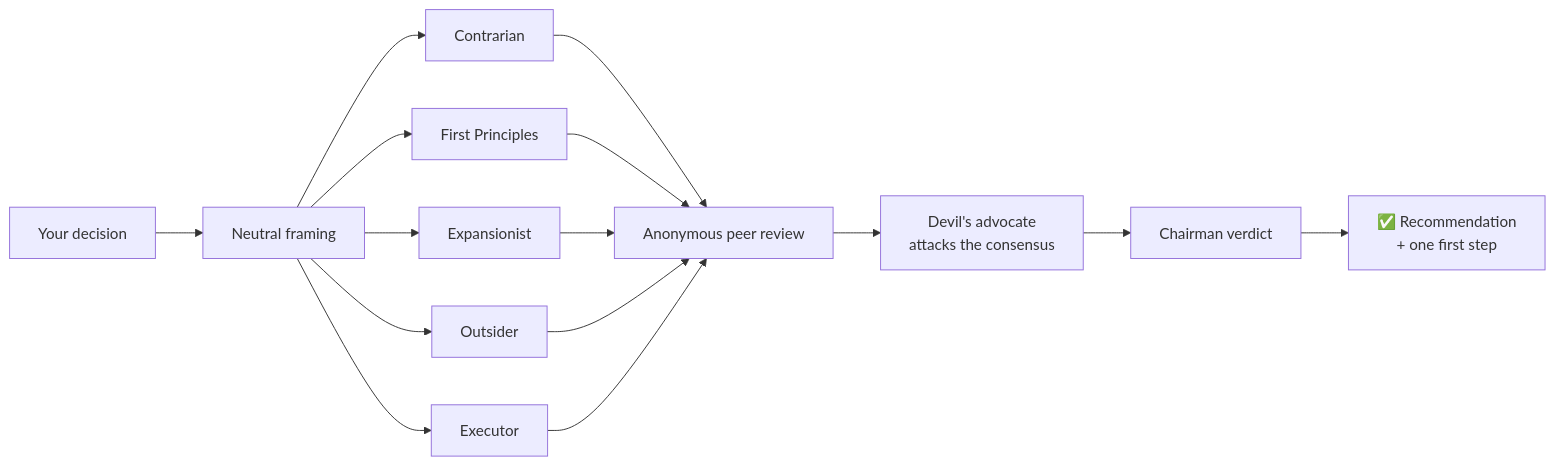
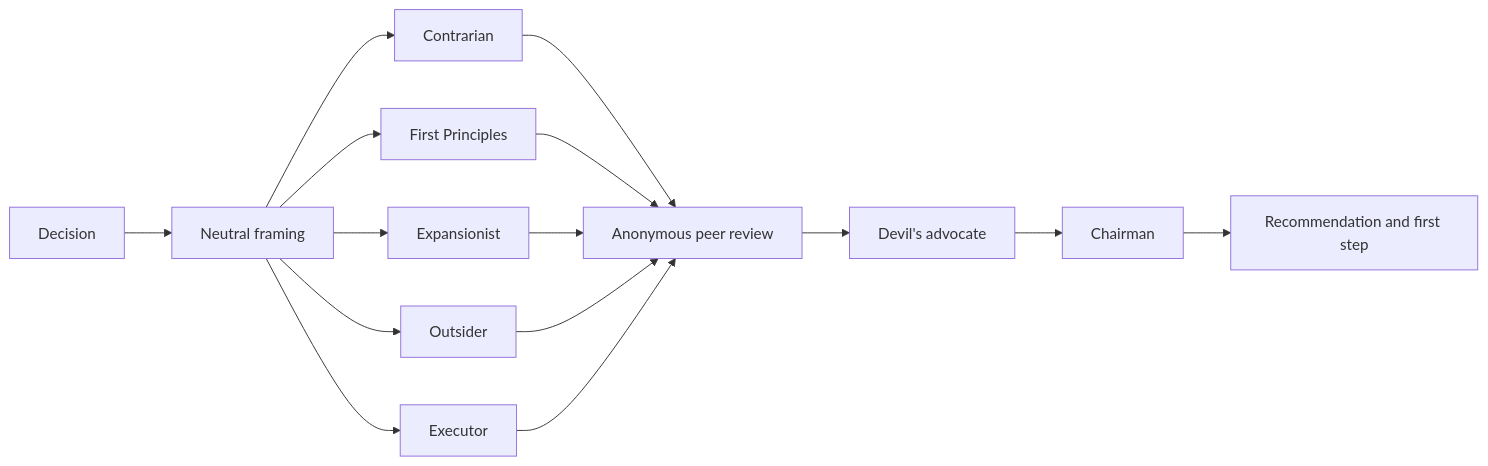
Before and after one commit to Onliwis/llm-council-pro: the diagram in README.md, drawn with Mermaid. The commit also changed other lines of this file, not shown here.

````diff
--- a/README.md
+++ b/README.md
@@ -41,13 +20,13 @@
 ```mermaid
 flowchart LR
-    Q[Your decision] --> F[Neutral framing]
+    Q[Decision] --> F[Neutral framing]
     F --> A1[Contrarian]
     F --> A2[First Principles]
     F --> A3[Expansionist]
     F --> A4[Outsider]
     F --> A5[Executor]
     A1 & A2 & A3 & A4 & A5 --> R[Anonymous peer review]
-    R --> D[Devil's advocate<br/>attacks the consensus]
-    D --> C[Chairman verdict]
-    C --> V[✅ Recommendation<br/>+ one first step]
+    R --> D[Devil's advocate]
+    D --> C[Chairman]
+    C --> V[Recommendation and first step]
 ```
````
